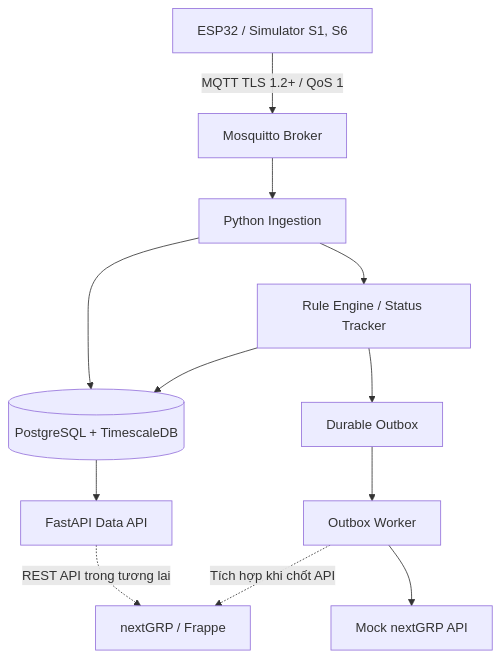
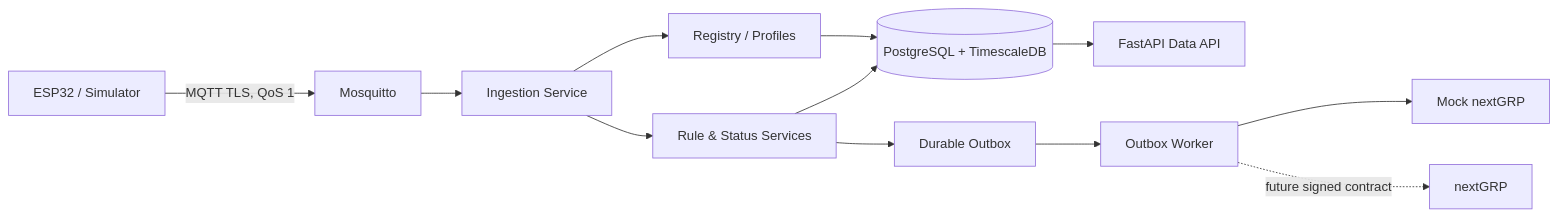
The diagram in README.md (IOT-hainamtech/data-plan-Dev-2), drawn with Mermaid before and after one commit. The commit also changed other lines of this file and 57 other files, not shown here.

````diff
--- a/README.md
+++ b/README.md
@@ -9,14 +24,14 @@
 ```mermaid
-flowchart TD
-    A[ESP32 / Simulator S1, S6] -->|MQTT TLS 1.2+ / QoS 1| B[Mosquitto Broker]
-    B --> C[Python Ingestion]
-    C --> D[(PostgreSQL + TimescaleDB)]
-    C --> E[Rule Engine / Status Tracker]
-    E --> D
-    E --> F[Durable Outbox]
-    F --> G[Outbox Worker]
-    G --> H[Mock nextGRP API]
-    D --> I[FastAPI Data API]
-    I -. REST API trong tương lai .-> J[nextGRP / Frappe]
-    G -. Tích hợp khi chốt API .-> J
+flowchart LR
+    Device[ESP32 / Simulator] -->|MQTT TLS, QoS 1| Broker[Mosquitto]
+    Broker --> Ingestion[Ingestion Service]
+    Ingestion --> Registry[Registry / Profiles]
+    Ingestion --> Rules[Rule & Status Services]
+    Registry --> DB[(PostgreSQL + TimescaleDB)]
+    Rules --> DB
+    Rules --> Outbox[Durable Outbox]
+    Outbox --> Worker[Outbox Worker]
+    Worker --> Mock[Mock nextGRP]
+    Worker -. future signed contract .-> NextGRP[nextGRP]
+    DB --> API[FastAPI Data API]
 ```
````
